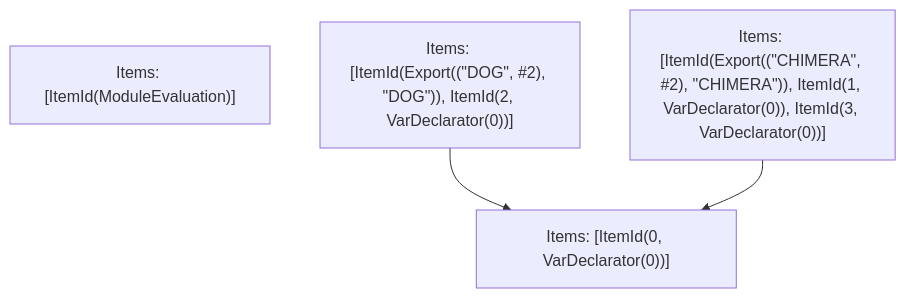
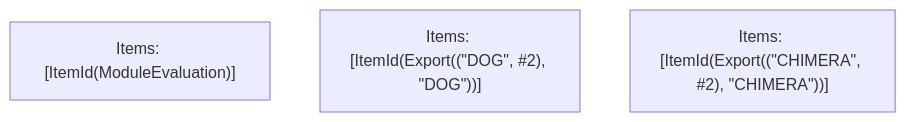
The fifth of 5 diagrams in crates/turbopack-ecmascript/tests/tree-shaker/analyzer/simple/output.md (vercel/turborepo), drawn with Mermaid before and after one commit. The commit also changed other lines of this file and 20 other files, not shown here.

````diff
--- a/crates/turbopack-ecmascript/tests/tree-shaker/analyzer/simple/output.md
+++ b/crates/turbopack-ecmascript/tests/tree-shaker/analyzer/simple/output.md
@@ -127,9 +125,6 @@
 ```mermaid
 graph TD
     N0["Items: [ItemId(ModuleEvaluation)]"];
-    N1["Items: [ItemId(Export((&quot;DOG&quot;, #2), &quot;DOG&quot;)), ItemId(2, VarDeclarator(0))]"];
-    N2["Items: [ItemId(Export((&quot;CHIMERA&quot;, #2), &quot;CHIMERA&quot;)), ItemId(1, VarDeclarator(0)), ItemId(3, VarDeclarator(0))]"];
-    N3["Items: [ItemId(0, VarDeclarator(0))]"];
-    N1 --> N3;
-    N2 --> N3;
+    N1["Items: [ItemId(Export((&quot;DOG&quot;, #2), &quot;DOG&quot;))]"];
+    N2["Items: [ItemId(Export((&quot;CHIMERA&quot;, #2), &quot;CHIMERA&quot;))]"];
 ```
````
